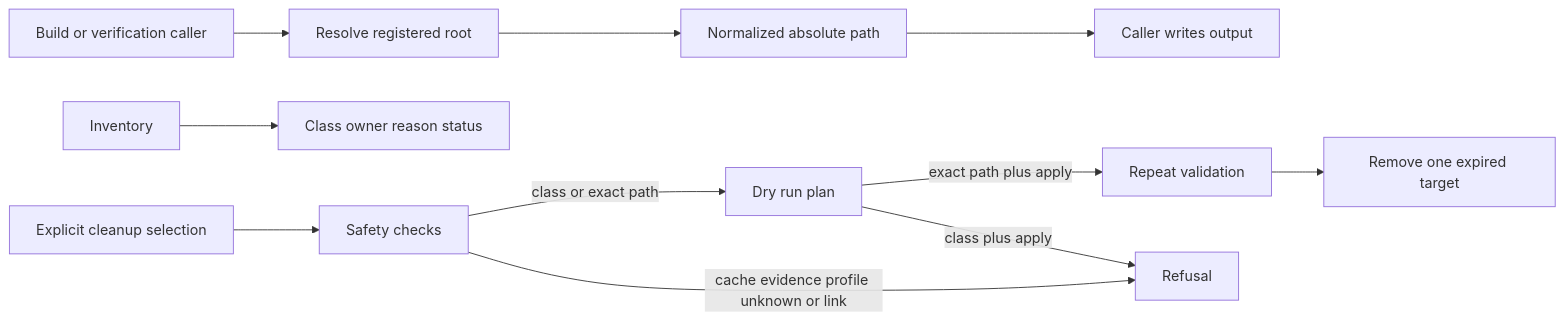
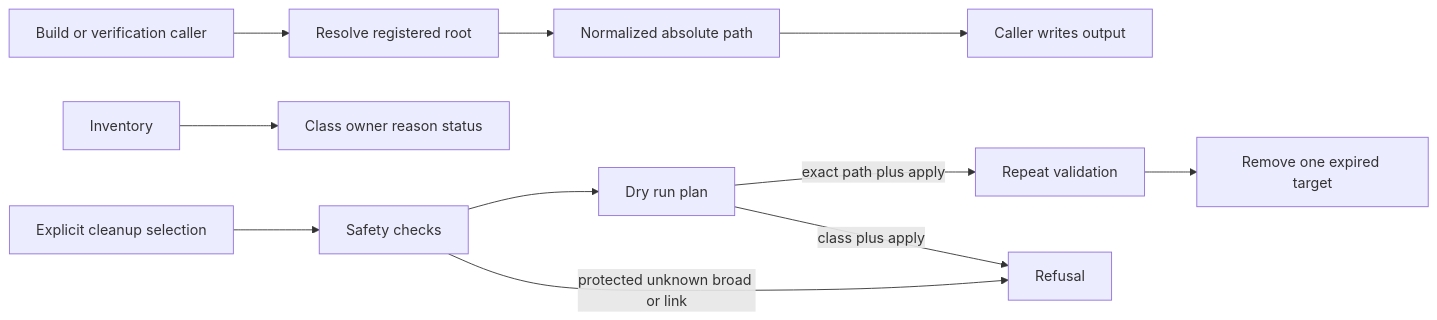
One commit to alexwck/dbcode-wrapper changed the diagram in wiki/modules/generated-workspace-retention.md. Above: the diagram before and after it, drawn with Mermaid. The commit also changed other lines of this file and 16 other files, not shown here.

````diff
--- a/wiki/modules/generated-workspace-retention.md
+++ b/wiki/modules/generated-workspace-retention.md
@@ -33,13 +33,13 @@
 ```mermaid
 flowchart LR
   C[Build or verification caller] --> R[Resolve registered root]
   R --> N[Normalized absolute path]
   N --> W[Caller writes output]
   I[Inventory] --> P[Class owner reason status]
   S[Explicit cleanup selection] --> G[Safety checks]
-  G -->|class or exact path| D[Dry run plan]
+  G --> D[Dry run plan]
   D -->|exact path plus apply| V[Repeat validation]
   V --> X[Remove one expired target]
-  G -->|cache evidence profile unknown or link| F[Refusal]
+  G -->|protected unknown broad or link| F[Refusal]
   D -->|class plus apply| F
 ```
````
